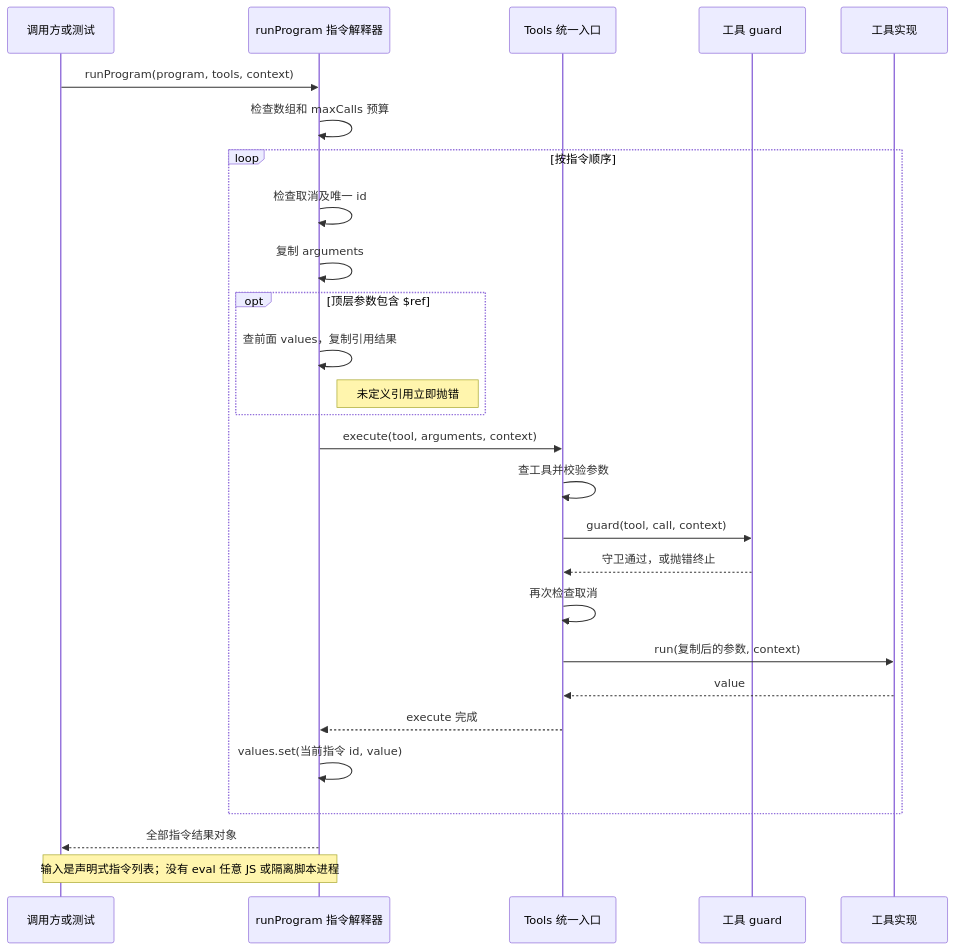
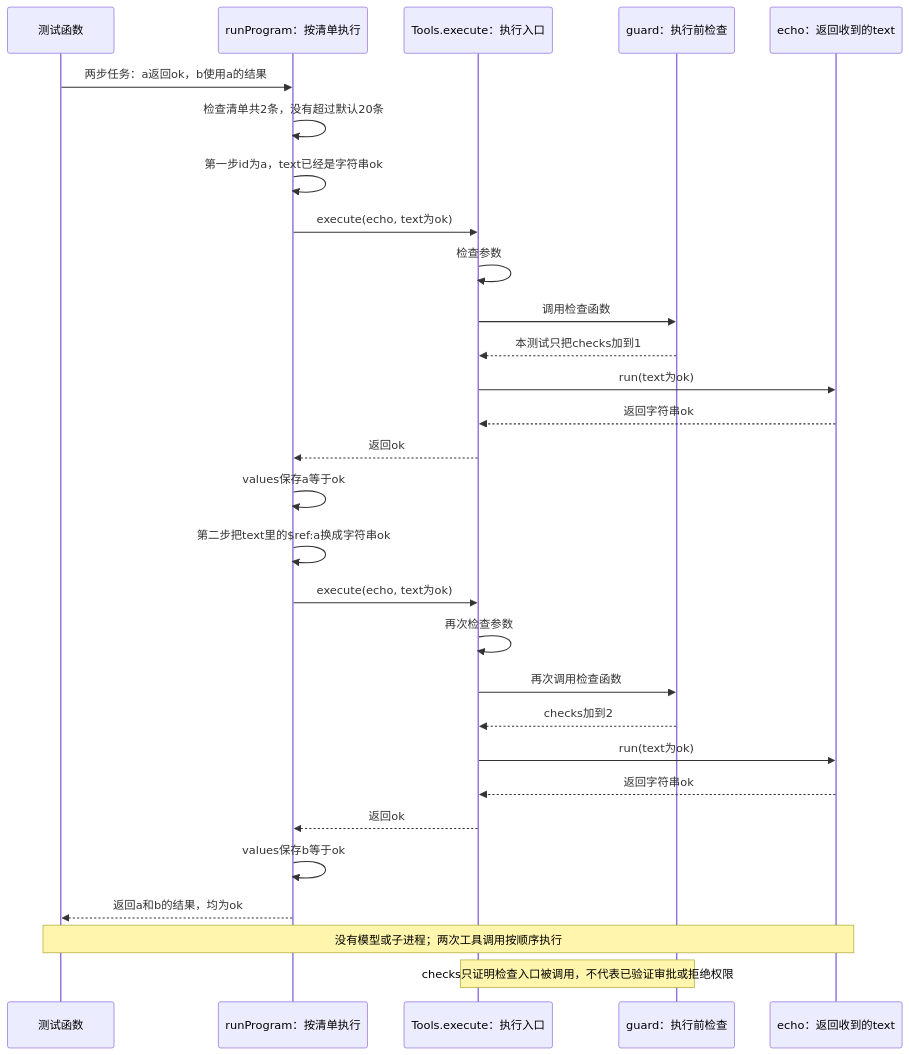
One commit to dddddd889/deepseek-harness-demo changed the diagram in tutorial/linear/lessons/038.md. Above: the diagram before and after it, drawn with Mermaid. The commit also changed other lines of this file and 21 other files, not shown here.

````diff
--- a/tutorial/linear/lessons/038.md
+++ b/tutorial/linear/lessons/038.md
@@ -19,29 +19,31 @@
 ```mermaid
 sequenceDiagram
-    participant C as 调用方或测试
-    participant P as runProgram 指令解释器
-    participant T as Tools 统一入口
-    participant G as 工具 guard
-    participant R as 工具实现
-    C->>P: runProgram(program, tools, context)
-    P->>P: 检查数组和 maxCalls 预算
-    loop 按指令顺序
-        P->>P: 检查取消及唯一 id
-        P->>P: 复制 arguments
-        opt 顶层参数包含 $ref
-            P->>P: 查前面 values，复制引用结果
-            Note right of P: 未定义引用立即抛错
-        end
-        P->>T: execute(tool, arguments, context)
-        T->>T: 查工具并校验参数
-        T->>G: guard(tool, call, context)
-        G-->>T: 守卫通过，或抛错终止
-        T->>T: 再次检查取消
-        T->>R: run(复制后的参数, context)
-        R-->>T: value
-        T-->>P: execute 完成
-        P->>P: values.set(当前指令 id, value)
-    end
-    P-->>C: 全部指令结果对象
-    Note over C,P: 输入是声明式指令列表；没有 eval 任意 JS 或隔离脚本进程
+    participant C as 测试函数
+    participant P as runProgram：按清单执行
+    participant T as Tools.execute：执行入口
+    participant G as guard：执行前检查
+    participant E as echo：返回收到的text
+    C->>P: 两步任务：a返回ok，b使用a的结果
+    P->>P: 检查清单共2条，没有超过默认20条
+    P->>P: 第一步id为a，text已经是字符串ok
+    P->>T: execute(echo, text为ok)
+    T->>T: 检查参数
+    T->>G: 调用检查函数
+    G-->>T: 本测试只把checks加到1
+    T->>E: run(text为ok)
+    E-->>T: 返回字符串ok
+    T-->>P: 返回ok
+    P->>P: values保存a等于ok
+    P->>P: 第二步把text里的$ref:a换成字符串ok
+    P->>T: execute(echo, text为ok)
+    T->>T: 再次检查参数
+    T->>G: 再次调用检查函数
+    G-->>T: checks加到2
+    T->>E: run(text为ok)
+    E-->>T: 返回字符串ok
+    T-->>P: 返回ok
+    P->>P: values保存b等于ok
+    P-->>C: 返回a和b的结果，均为ok
+    Note over C,E: 没有模型或子进程；两次工具调用按顺序执行
+    Note over T,G: checks只证明检查入口被调用，不代表已验证审批或拒绝权限
 ```
````
